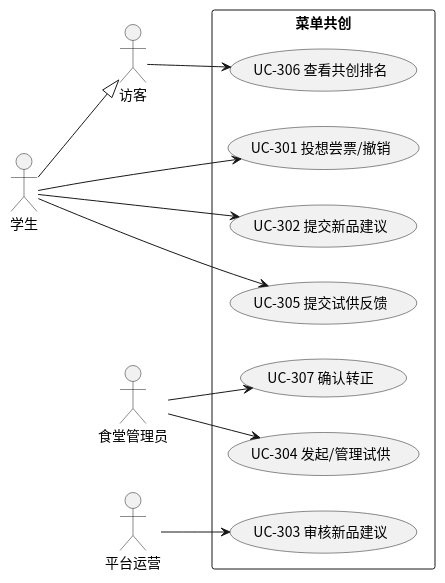
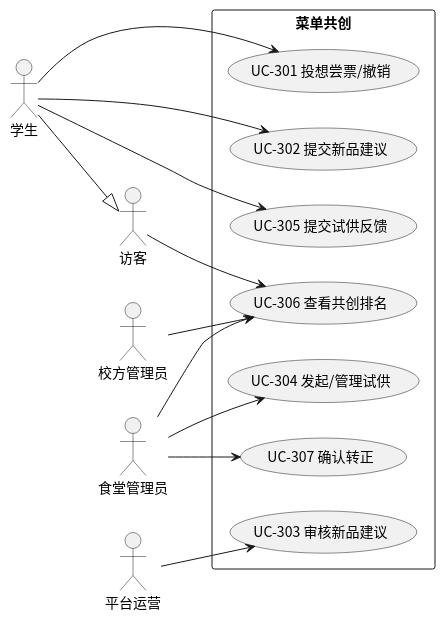
The diagram in docs/assets/srs/uc-300.puml (tju-se-design/foodview), drawn with PlantUML before and after one commit. The commit also changed 6 other files, not shown here.

```diff
--- a/docs/assets/srs/uc-300.puml
+++ b/docs/assets/srs/uc-300.puml
@@ -1,29 +1,32 @@
 @startuml UC-300
 skinparam defaultFontName "Noto Sans CJK SC"
 left to right direction
 skinparam packageStyle rectangle
 
 actor 访客 as Visitor
 actor 学生 as Student
 Student --|> Visitor
 actor 食堂管理员 as CanteenAdmin
+actor 校方管理员 as SchoolAdmin
 actor 平台运营 as Ops
 
 rectangle "菜单共创" {
   usecase "UC-301 投想尝票/撤销" as UC301
   usecase "UC-302 提交新品建议" as UC302
   usecase "UC-303 审核新品建议" as UC303
   usecase "UC-304 发起/管理试供" as UC304
   usecase "UC-305 提交试供反馈" as UC305
   usecase "UC-306 查看共创排名" as UC306
   usecase "UC-307 确认转正" as UC307
 }
 
 Student --> UC301
 Student --> UC302
 Student --> UC305
 Visitor --> UC306
 Ops --> UC303
 CanteenAdmin --> UC304
+CanteenAdmin --> UC306
 CanteenAdmin --> UC307
+SchoolAdmin --> UC306
 @enduml
```
